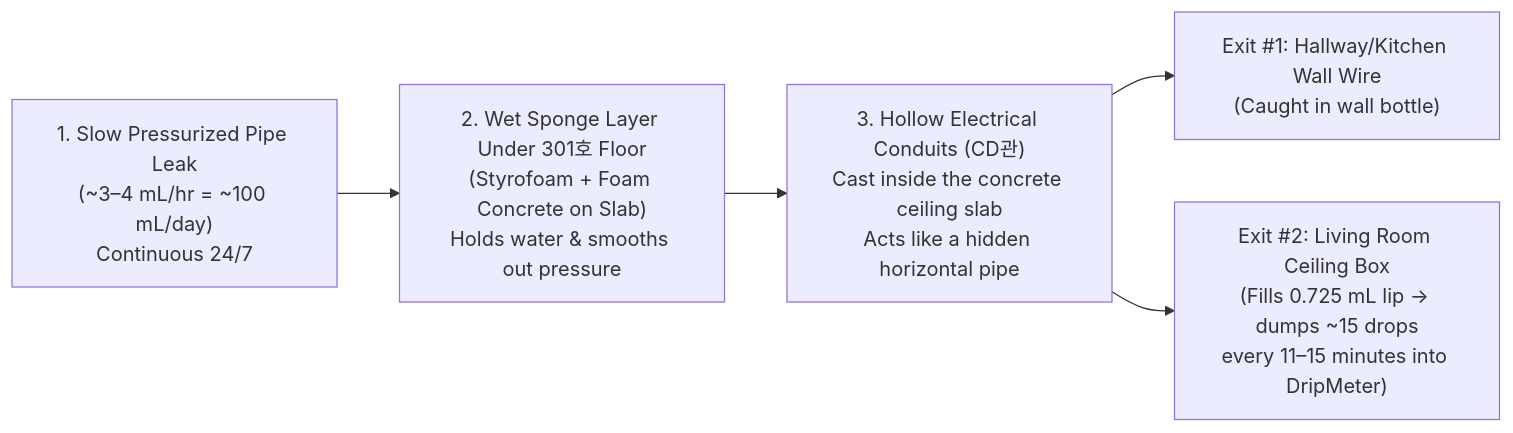
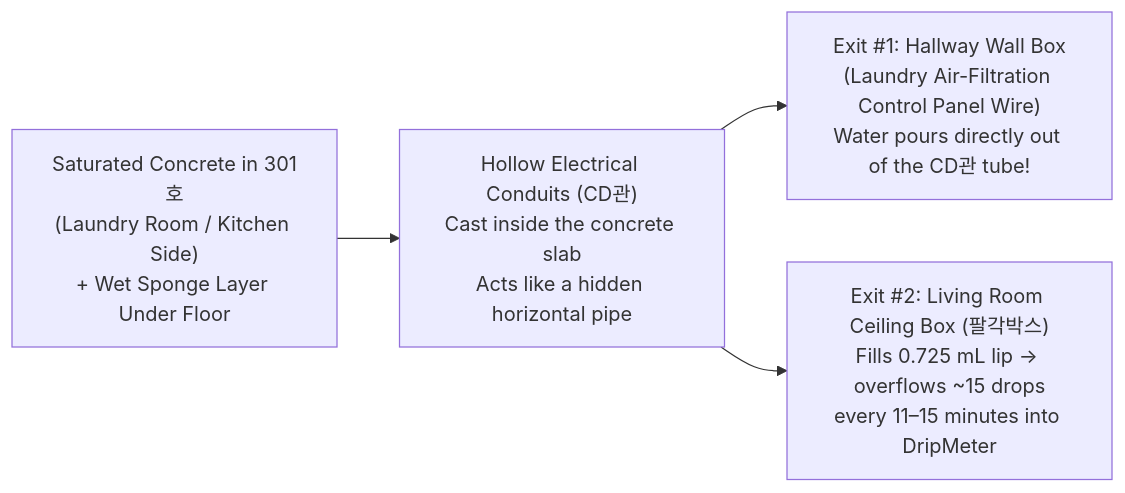
Before and after one commit to bart78/DripMeter: the diagram in FORENSICS.md, drawn with Mermaid. The commit also changed other lines of this file, not shown here.

Commit message:
Refine FORENSICS.md: cautious speedup interpretation, laundry room + air filtration conduit prime suspect, blueprint proof plan

````diff
--- a/FORENSICS.md
+++ b/FORENSICS.md
@@ -19,7 +25,6 @@
 ```mermaid
 flowchart LR
-    A["1. Slow Pressurized Pipe Leak<br/>(~3–4 mL/hr = ~100 mL/day)<br/>Continuous 24/7"] --> B["2. Wet Sponge Layer Under 301호 Floor<br/>(Styrofoam + Foam Concrete on Slab)<br/>Holds water & smooths out pressure"]
-    B --> C["3. Hollow Electrical Conduits (CD관)<br/>Cast inside the concrete ceiling slab<br/>Acts like a hidden horizontal pipe"]
-    C --> D["Exit #1: Hallway/Kitchen Wall Wire<br/>(Caught in wall bottle)"]
-    C --> E["Exit #2: Living Room Ceiling Box<br/>(Fills 0.725 mL lip -> dumps ~15 drops<br/>every 11–15 minutes into DripMeter)"]
+    A["Saturated Concrete in 301호<br/>(Laundry Room / Kitchen Side)<br/>+ Wet Sponge Layer Under Floor"] --> B["Hollow Electrical Conduits (CD관)<br/>Cast inside the concrete slab<br/>Acts like a hidden horizontal pipe"]
+    B --> C["Exit #1: Hallway Wall Box<br/>(Laundry Air-Filtration Control Panel Wire)<br/>Water pours directly out of the CD관 tube!"]
+    B --> D["Exit #2: Living Room Ceiling Box (팔각박스)<br/>Fills 0.725 mL lip -> overflows ~15 drops<br/>every 11–15 minutes into DripMeter"]
 ```
````
